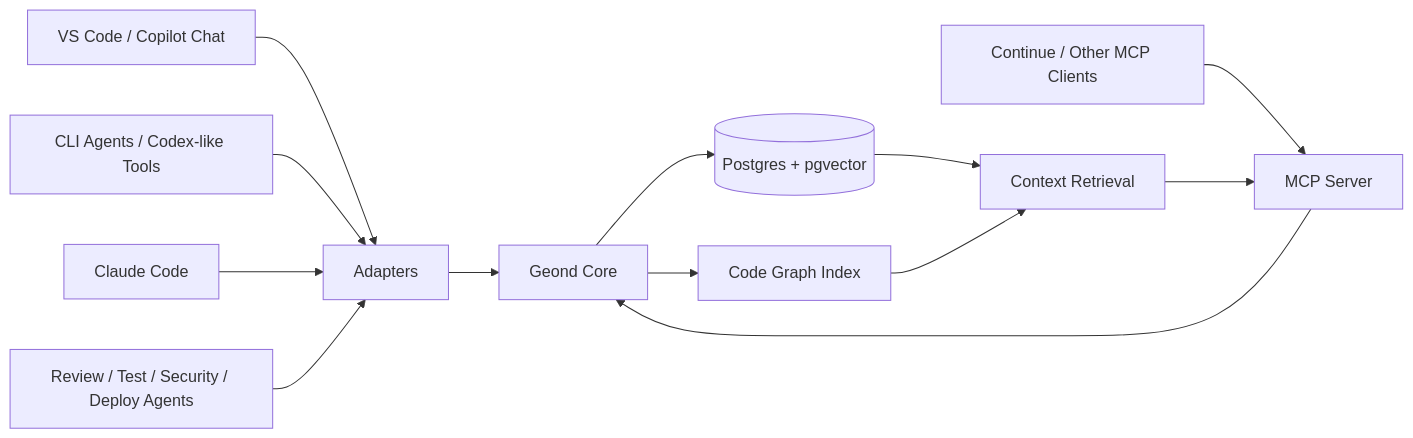
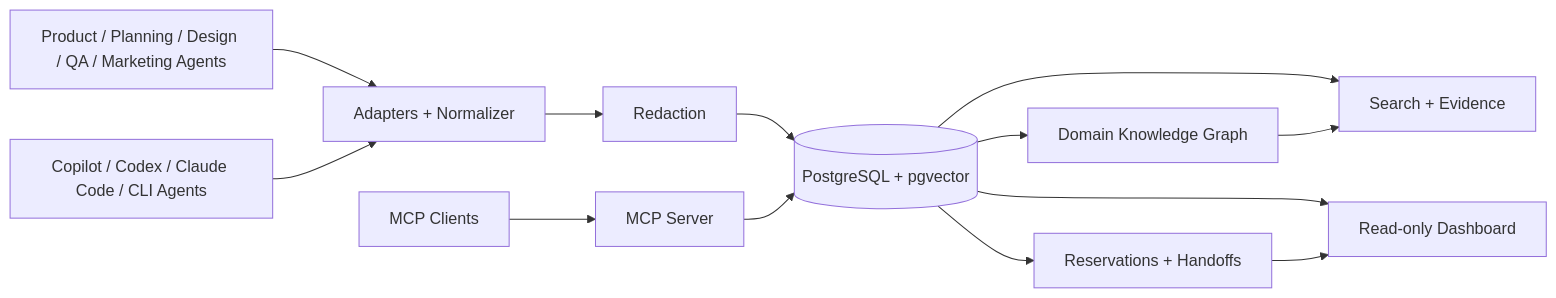
The diagram in README.md (geondongkim/geond-agent-protocol), drawn with Mermaid before and after one commit. The commit also changed other lines of this file and 18 other files, not shown here.

````diff
--- a/README.md
+++ b/README.md
@@ -42,15 +59,15 @@
 ```mermaid
 flowchart LR
-    A[VS Code / Copilot Chat] --> I[Adapters]
-    B[CLI Agents / Codex-like Tools] --> I
-    C[Claude Code] --> I
-    D[Continue / Other MCP Clients] --> M[MCP Server]
-    E[Review / Test / Security / Deploy Agents] --> I
-    I --> G[Geond Core]
-    M --> G
-    G --> P[(Postgres + pgvector)]
-    G --> S[Code Graph Index]
-    P --> R[Context Retrieval]
-    S --> R
-    R --> M
+    A[Product / Planning / Design / QA / Marketing Agents] --> N[Adapters + Normalizer]
+    B[Copilot / Codex / Claude Code / CLI Agents] --> N
+    C[MCP Clients] --> M[MCP Server]
+    N --> R[Redaction]
+    R --> P[(PostgreSQL + pgvector)]
+    M --> P
+    P --> G[Domain Knowledge Graph]
+    P --> Q[Search + Evidence]
+    P --> C1[Reservations + Handoffs]
+    P --> D[Read-only Dashboard]
+    G --> Q
+    C1 --> D
 ```
````
